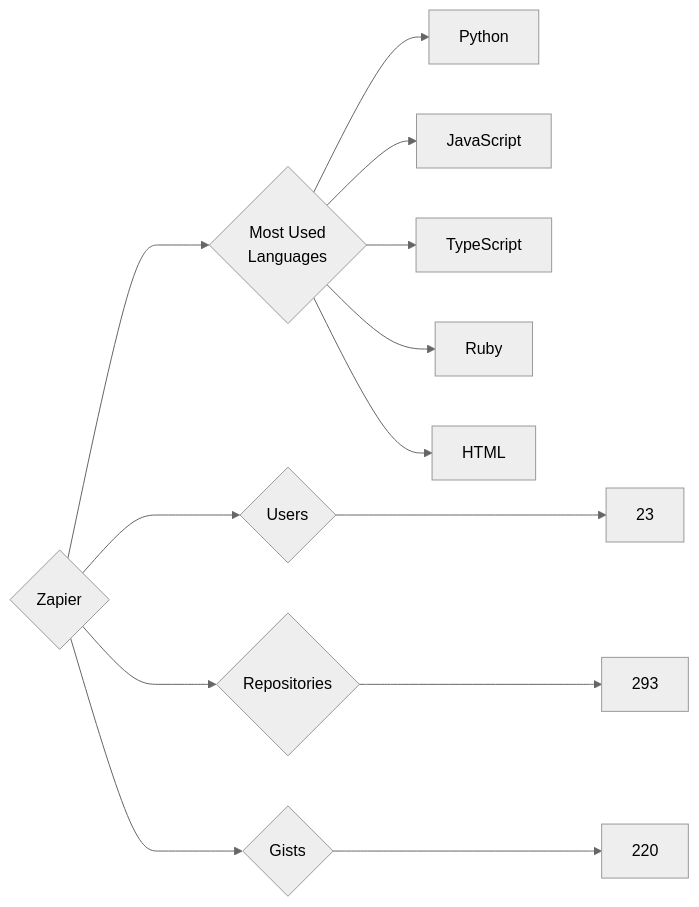
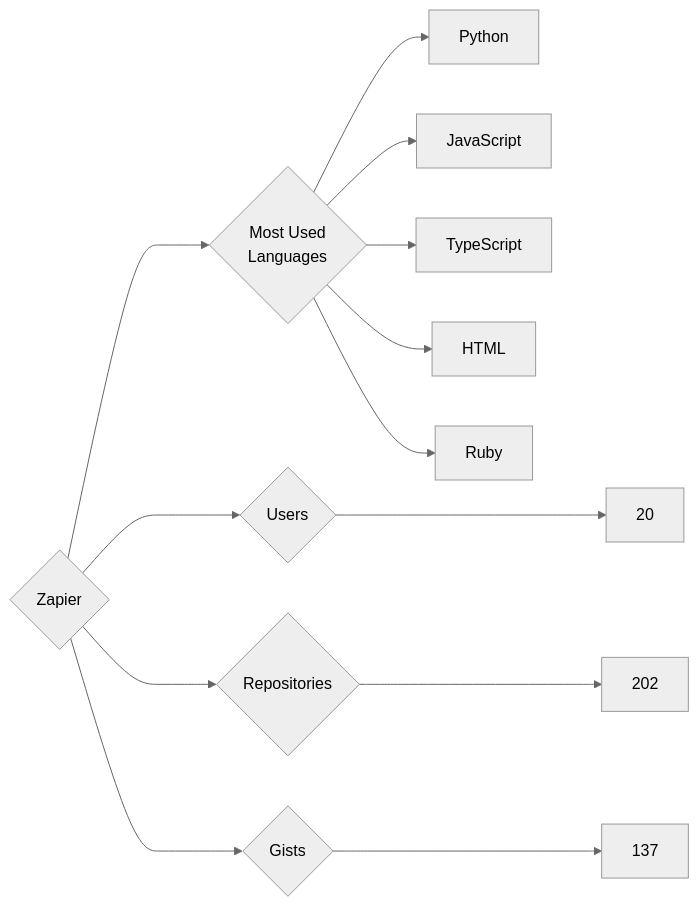
Before and after one commit to trickest/insiders: the diagram in targets/Zapier/README.md, drawn with Mermaid (neutral theme). The commit also changed 970 other files, not shown here.

````diff
--- a/targets/Zapier/README.md
+++ b/targets/Zapier/README.md
@@ -3,13 +3,13 @@
 ```mermaid
 graph LR
 COMPANY_NAME{Zapier}
-COMPANY_NAME ---> U{Users} ---> UN[23]
-COMPANY_NAME ---> R{Repositories} ---> RN[293]
-COMPANY_NAME ---> G{Gists} ---> GN[220]
+COMPANY_NAME ---> U{Users} ---> UN[20]
+COMPANY_NAME ---> R{Repositories} ---> RN[202]
+COMPANY_NAME ---> G{Gists} ---> GN[137]
 COMPANY_NAME ---> ML{Most Used<br>Languages}
 ML --> Python[Python]
 ML --> JavaScript[JavaScript]
 ML --> TypeScript[TypeScript]
+ML --> HTML[HTML]
 ML --> Ruby[Ruby]
-ML --> HTML[HTML]
 ```
````
